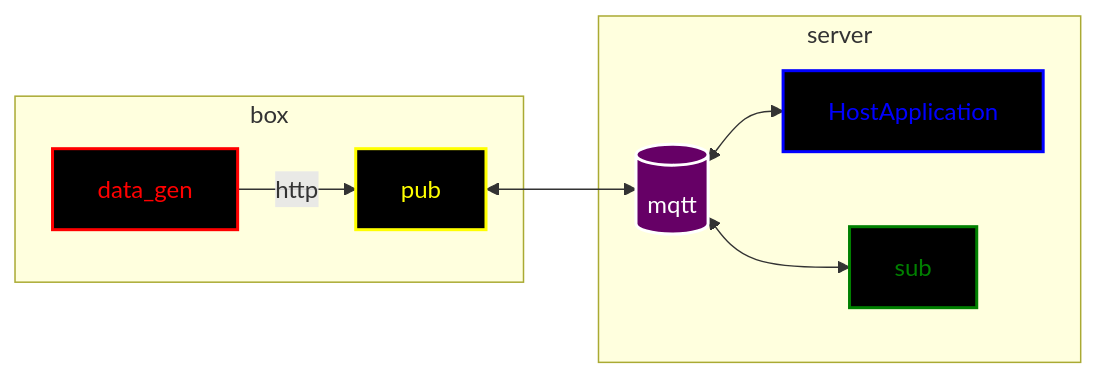
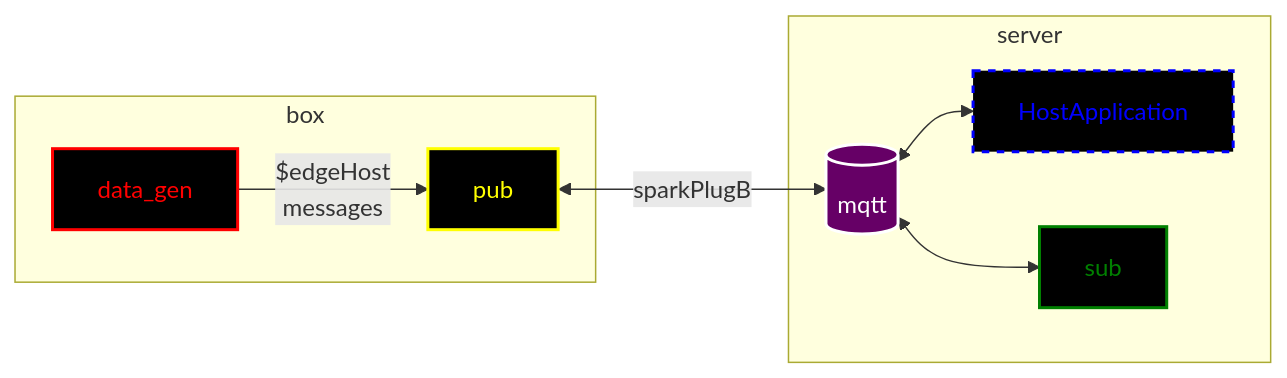
The diagram in README.md (DJTakushi/spbd), drawn with Mermaid before and after one commit. The commit also changed other lines of this file, not shown here.

Commit message:
deployed diagram

````diff
--- a/README.md
+++ b/README.md
@@ -25,18 +15,18 @@
 ```mermaid
 flowchart LR
   subgraph box
-    data_gen --http--> pub
+    data_gen --$edgeHost<br>messages--> pub
     style data_gen fill:black,stroke:red,stroke-width:2px,color:red
     style pub fill:black,stroke:yellow,stroke-width:2px,color:yellow
   end
 
   subgraph server
     mqtt <--> HostApplication
-    pub  <--> mqtt[(mqtt)] <--> sub
+    pub  <--sparkPlugB--> mqtt[(mqtt)] <--> sub
 
     style mqtt fill:#660066,stroke:#fff,stroke-width:2px,color:#fff
     style sub fill:black,stroke:green,stroke-width:2px,color:green
 
-    style HostApplication fill:black,stroke:blue,stroke-width:2px,color:blue
+    style HostApplication fill:black,stroke:blue,stroke-width:2px,color:blue,stroke-dasharray: 5 5
   end
 ```
````
